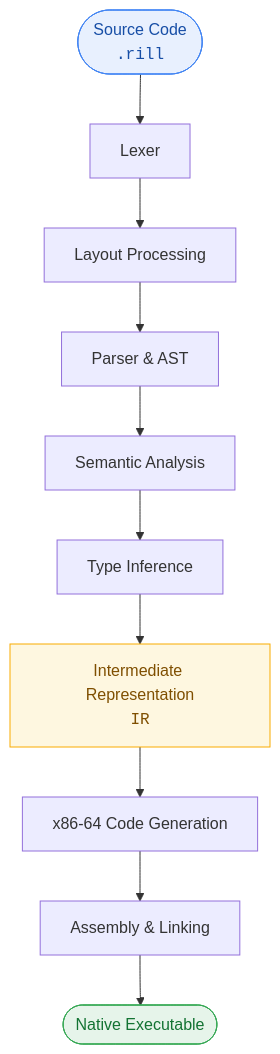
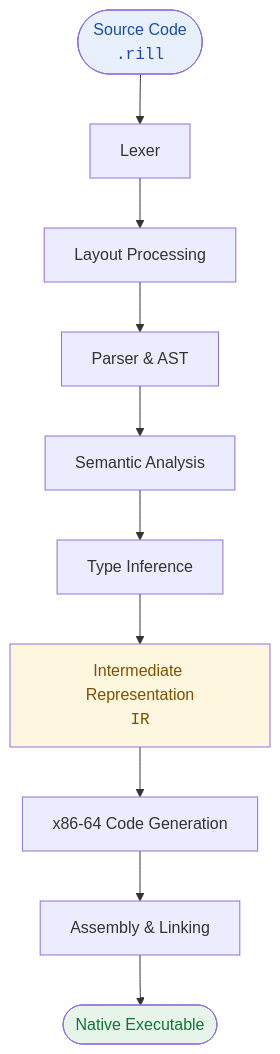
The diagram in README.md (Paaanaaamaaa/rill), drawn with Mermaid before and after one commit.

Commit message:
remove colours

````diff
--- a/README.md
+++ b/README.md
@@ -71,27 +71,27 @@
 ```mermaid
 flowchart TD
     A(["Source Code<br/><code>.rill</code>"])
     B["Lexer"]
     C["Layout Processing"]
     D["Parser & AST"]
     E["Semantic Analysis"]
     F["Type Inference"]
     G["Intermediate Representation<br/><code>IR</code>"]
     H["x86-64 Code Generation"]
     I["Assembly & Linking"]
     J(["Native Executable"])
 
     A --> B
     B --> C
     C --> D
     D --> E
     E --> F
     F --> G
     G --> H
     H --> I
     I --> J
 
-    style A fill:#e8f0fe,stroke:#4285f4,color:#174ea6
-    style J fill:#e6f4ea,stroke:#34a853,color:#137333
-    style G fill:#fef7e0,stroke:#f9ab00,color:#7f4f00
+    style A fill:#e8f0fe,color:#174ea6
+    style J fill:#e6f4ea,color:#137333
+    style G fill:#fef7e0,color:#7f4f00
 ```
````
